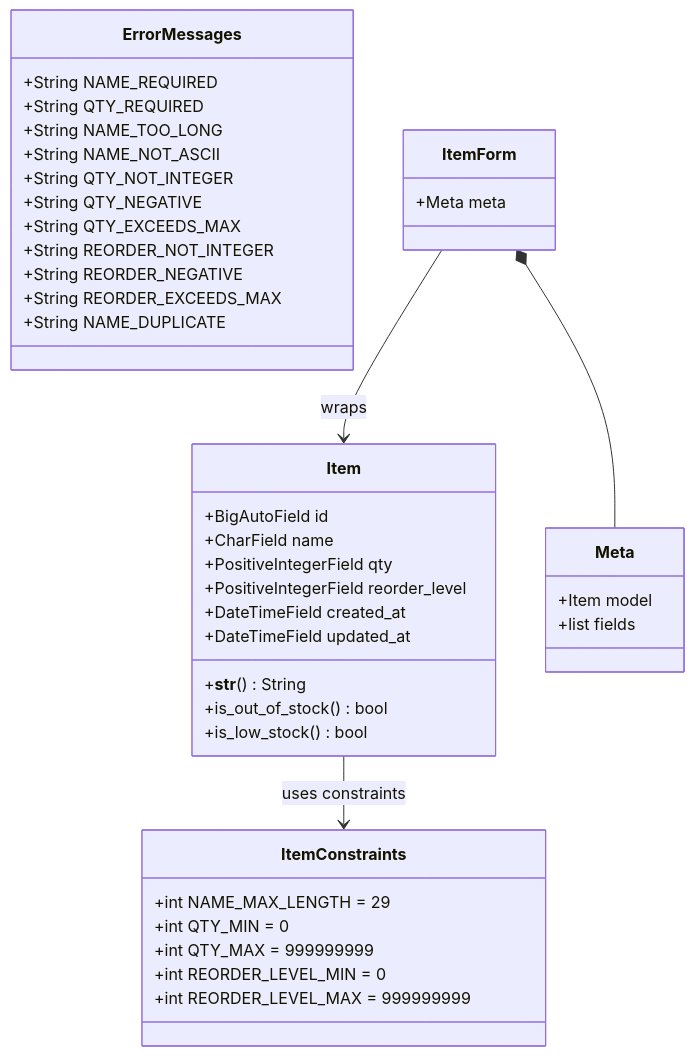
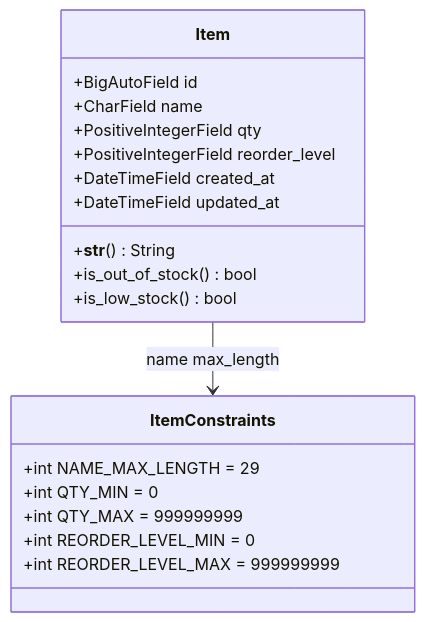
Before and after one commit to jmtoniolo/w26-se-project: the first of 4 diagrams in diagrams/class-diagrams.md, drawn with Mermaid. The commit also changed other lines of this file and 1 other file, not shown here.

Commit message:
Fix diagram and cleanup code

````diff
--- a/diagrams/class-diagrams.md
+++ b/diagrams/class-diagrams.md
@@ -5,49 +7,24 @@
 ```mermaid
 classDiagram
     class Item {
         +BigAutoField id
         +CharField name
         +PositiveIntegerField qty
         +PositiveIntegerField reorder_level
         +DateTimeField created_at
         +DateTimeField updated_at
         +__str__() String
         +is_out_of_stock() bool
         +is_low_stock() bool
     }
 
     class ItemConstraints {
         +int NAME_MAX_LENGTH = 29
         +int QTY_MIN = 0
         +int QTY_MAX = 999999999
         +int REORDER_LEVEL_MIN = 0
         +int REORDER_LEVEL_MAX = 999999999
     }
 
-    class ErrorMessages {
-        +String NAME_REQUIRED
-        +String QTY_REQUIRED
-        +String NAME_TOO_LONG
-        +String NAME_NOT_ASCII
-        +String QTY_NOT_INTEGER
-        +String QTY_NEGATIVE
-        +String QTY_EXCEEDS_MAX
-        +String REORDER_NOT_INTEGER
-        +String REORDER_NEGATIVE
-        +String REORDER_EXCEEDS_MAX
-        +String NAME_DUPLICATE
-    }
-
-    class ItemForm {
-        +Meta meta
-    }
-
-    class Meta {
-        +Item model
-        +list fields
-    }
-
-    Item --> ItemConstraints : uses constraints
-    ItemForm --> Item : wraps
-    ItemForm *-- Meta
+    Item --> ItemConstraints : name max_length
 ```
````
